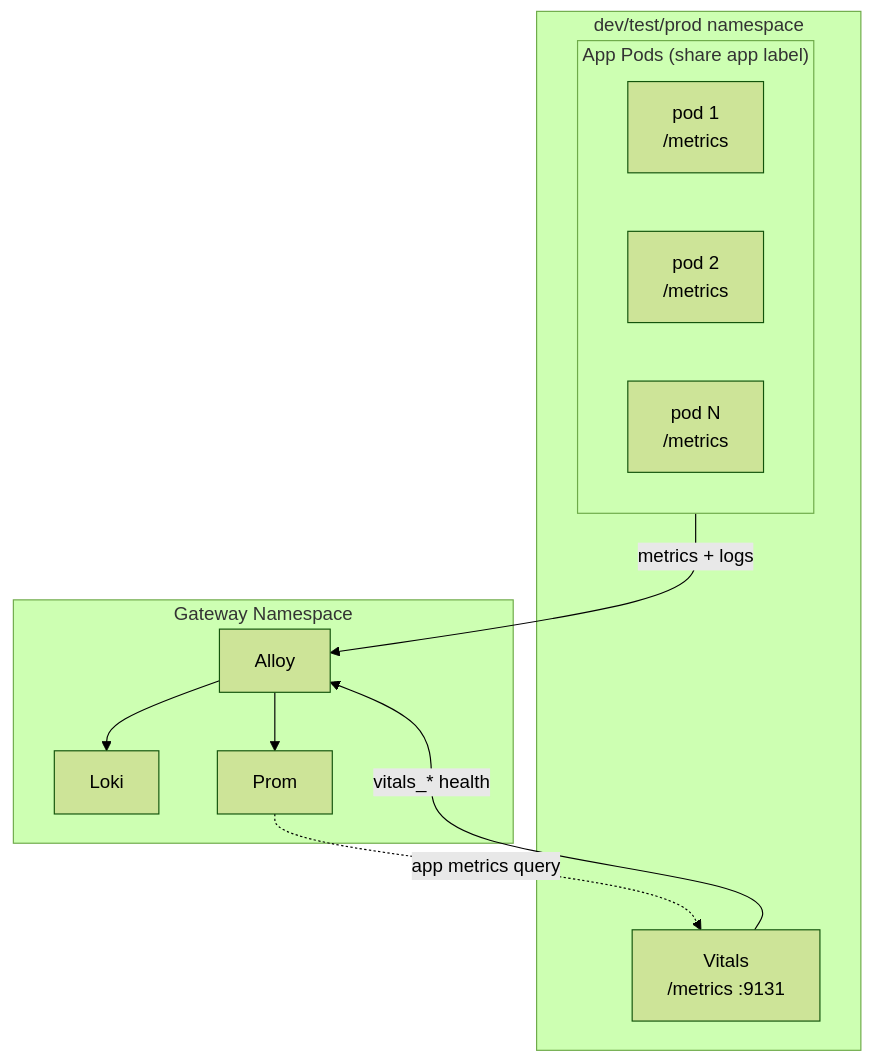
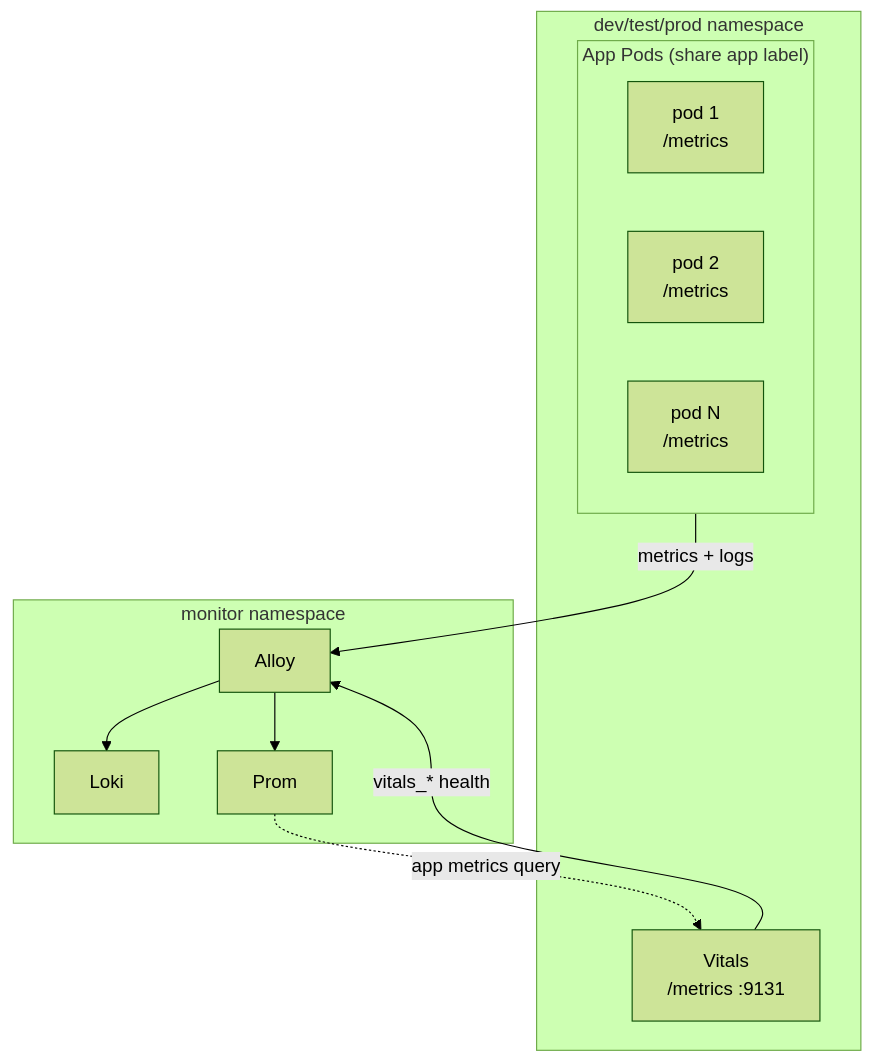
Before and after one commit to Kord96/kordinate: the diagram in docs/reference/patterns/observability-contract.md, drawn with Mermaid (forest theme).

Commit message:
docs: rename Gateway Namespace to monitor namespace in contract [scribe]

````diff
--- a/docs/reference/patterns/observability-contract.md
+++ b/docs/reference/patterns/observability-contract.md
@@ -7,19 +7,19 @@
 ```mermaid
 flowchart TB
     subgraph ns[dev/test/prod namespace]
         subgraph pods["App Pods (share app label)"]
             P1[pod 1<br/>/metrics]
             P2[pod 2<br/>/metrics]
             PN[pod N<br/>/metrics]
         end
         VIT[Vitals<br/>/metrics :9131]
     end
 
-    subgraph gw[Gateway Namespace]
+    subgraph gw[monitor namespace]
         AL[Alloy] --> LK[Loki] & PR[Prom]
     end
 
     pods -->|metrics + logs| AL
     VIT -->|vitals_* health| AL
     PR -.->|app metrics query| VIT
 ```
````
